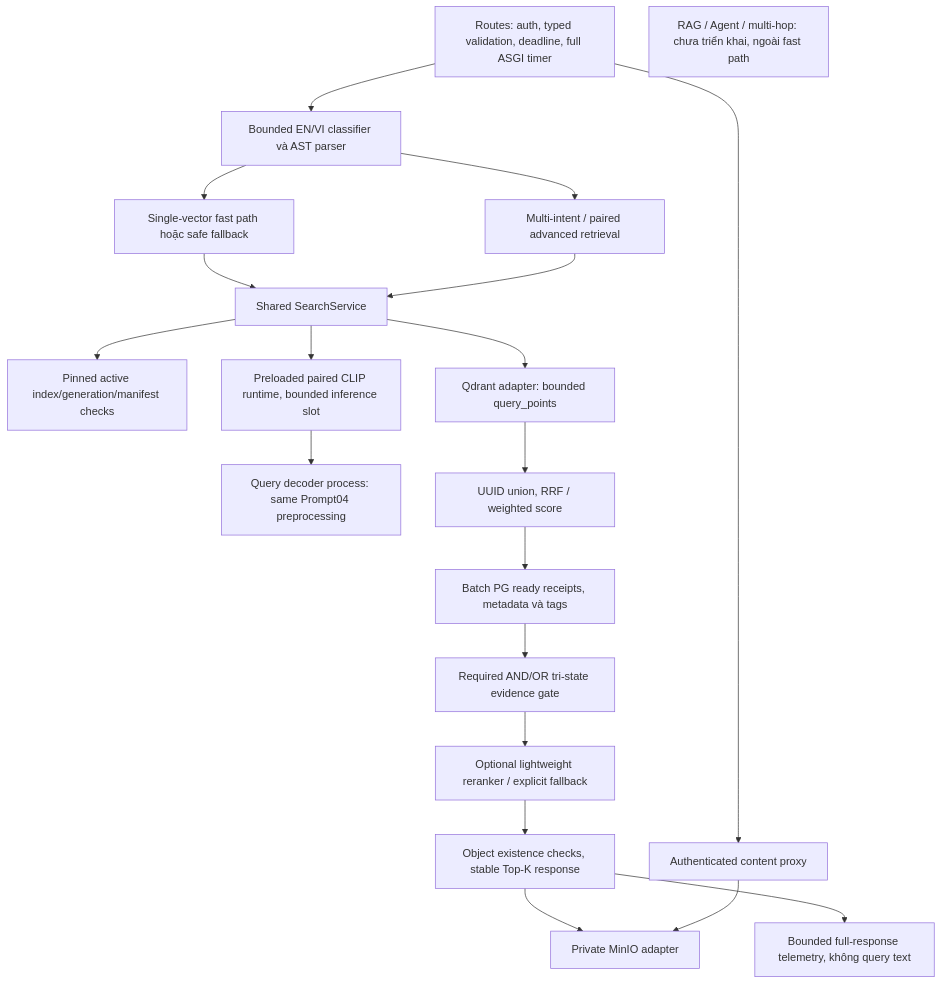
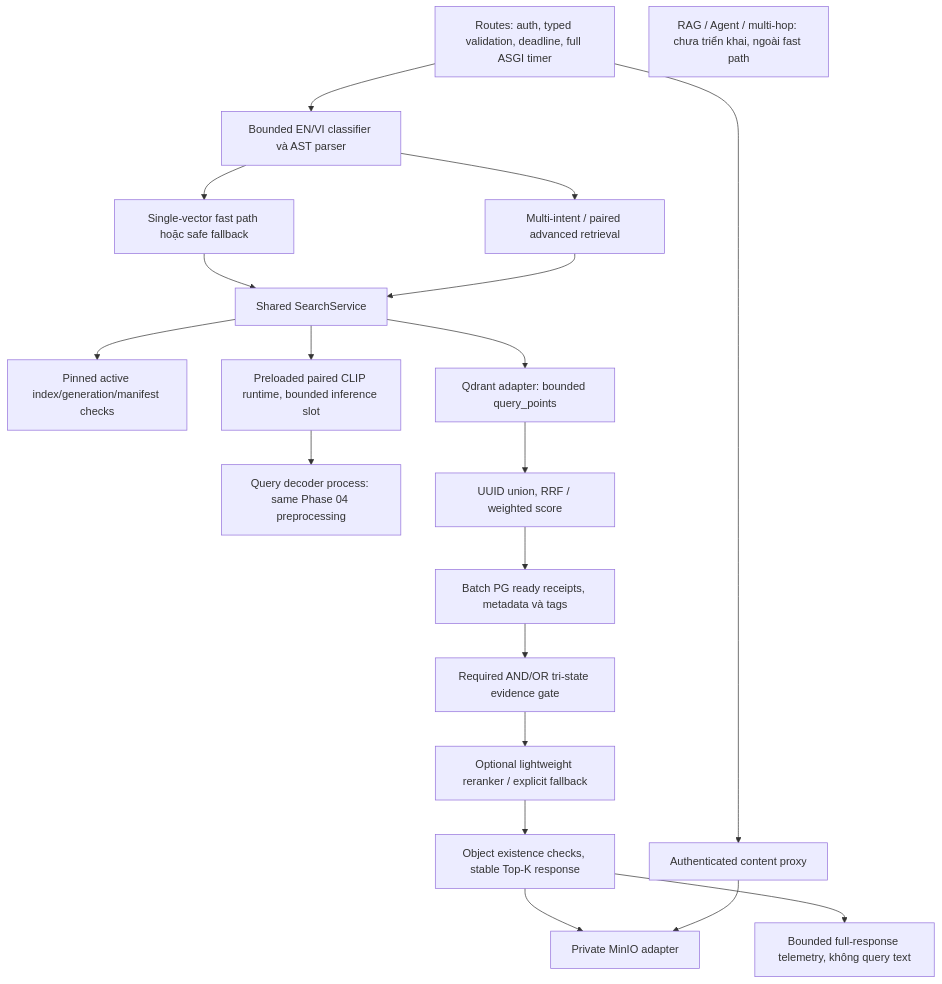
The diagram in docs/diagrams/component_architecture.mmd (tiendungandrew-gif/search_image), drawn with Mermaid before and after one commit. The commit also changed 48472 other files, not shown here.

```diff
--- a/docs/diagrams/component_architecture.mmd
+++ b/docs/diagrams/component_architecture.mmd
@@ -1,20 +1,20 @@
 flowchart TD
     Routes["Routes: auth, typed validation, deadline, full ASGI timer"] --> Router["Bounded EN/VI classifier và AST parser"]
     Router --> Fast["Single-vector fast path hoặc safe fallback"]
     Router --> Advanced["Multi-intent / paired advanced retrieval"]
     Fast --> Search["Shared SearchService"]
     Advanced --> Search
     Search --> Registry["Pinned active index/generation/manifest checks"]
     Search --> Encoder["Preloaded paired CLIP runtime, bounded inference slot"]
-    Encoder --> Decoder["Query decoder process: same Prompt04 preprocessing"]
+    Encoder --> Decoder["Query decoder process: same Phase 04 preprocessing"]
     Search --> Vector["Qdrant adapter: bounded query_points"]
     Vector --> Fusion["UUID union, RRF / weighted score"]
     Fusion --> Metadata["Batch PG ready receipts, metadata và tags"]
     Metadata --> Gate["Required AND/OR tri-state evidence gate"]
     Gate --> Rerank["Optional lightweight reranker / explicit fallback"]
     Rerank --> Delivery["Object existence checks, stable Top-K response"]
     Delivery --> ObjectPort["Private MinIO adapter"]
     Routes --> Content["Authenticated content proxy"]
     Content --> ObjectPort
     Delivery --> Metrics["Bounded full-response telemetry, không query text"]
     Future["RAG / Agent / multi-hop: chưa triển khai, ngoài fast path"]
```
